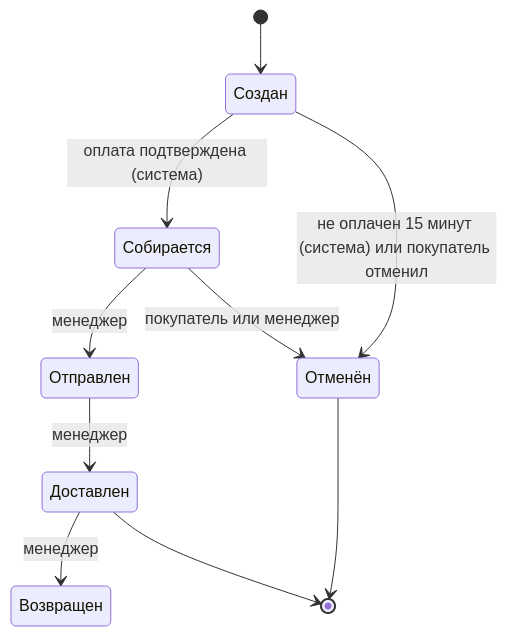
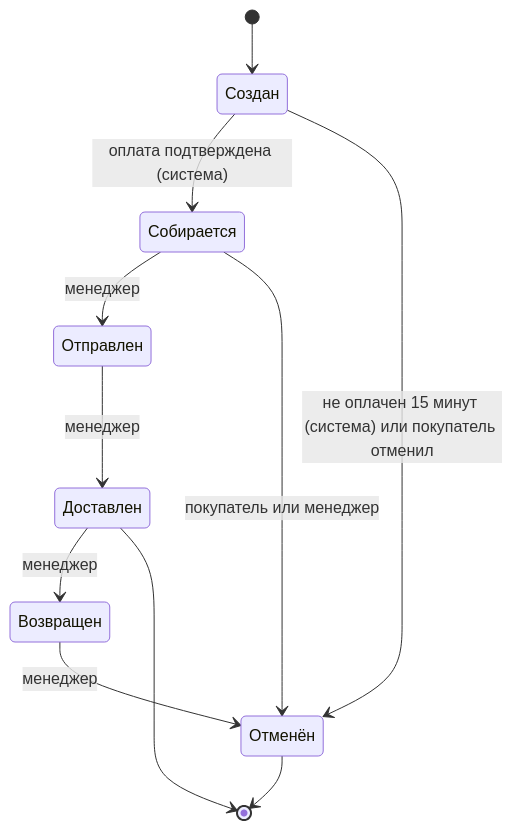
Before and after one commit to neverteen/order-managment-api: the first of 2 diagrams in docs/01-roles-and-permissions.md, drawn with Mermaid.

Commit message:
Docs: add business rules draft

````diff
--- a/docs/01-roles-and-permissions.md
+++ b/docs/01-roles-and-permissions.md
@@ -26,12 +26,13 @@
 ```mermaid
 stateDiagram-v2
     [*] --> Создан
     Создан --> Собирается: оплата подтверждена (система)
     Создан --> Отменён: не оплачен 15 минут (система) или покупатель отменил
     Собирается --> Отправлен: менеджер
     Собирается --> Отменён: покупатель или менеджер
     Отправлен --> Доставлен: менеджер
     Доставлен --> Возвращен: менеджер
+    Возвращен --> Отменён: менеджер
     Доставлен --> [*]
     Отменён --> [*]
 ```
````
